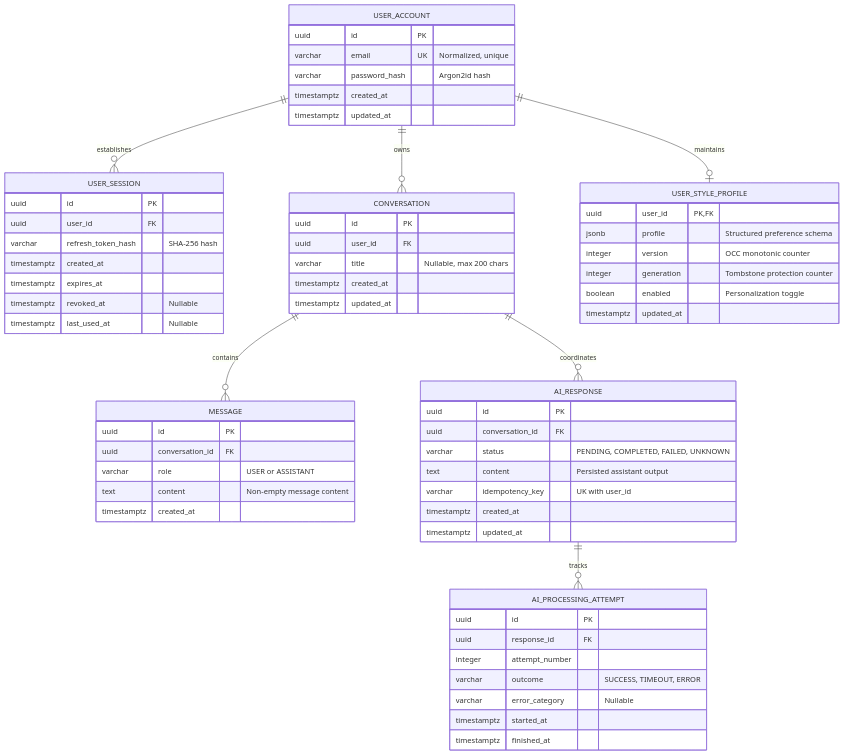
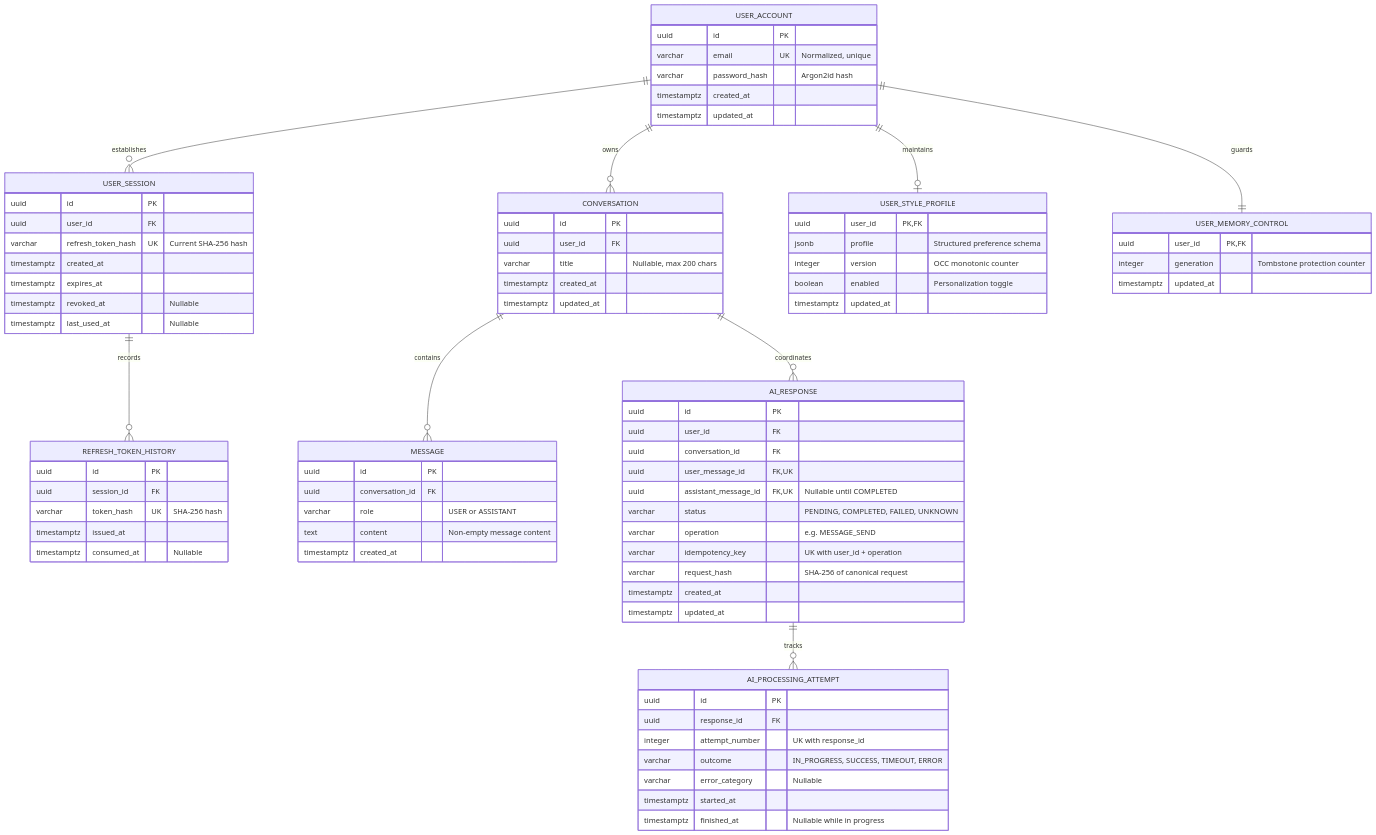
Before and after one commit to Bryan1805a/MIRA: the diagram in docs/03-domain-model.md, drawn with Mermaid. The commit also changed other lines of this file and 14 other files, not shown here.

````diff
--- a/docs/03-domain-model.md
+++ b/docs/03-domain-model.md
@@ -37,8 +40,10 @@
 ```mermaid
 erDiagram
     USER_ACCOUNT ||--o{ USER_SESSION : "establishes"
+    USER_SESSION ||--o{ REFRESH_TOKEN_HISTORY : "records"
     USER_ACCOUNT ||--o{ CONVERSATION : "owns"
     USER_ACCOUNT ||--o| USER_STYLE_PROFILE : "maintains"
+    USER_ACCOUNT ||--|| USER_MEMORY_CONTROL : "guards"
     CONVERSATION ||--o{ MESSAGE : "contains"
     CONVERSATION ||--o{ AI_RESPONSE : "coordinates"
     AI_RESPONSE ||--o{ AI_PROCESSING_ATTEMPT : "tracks"
@@ -54,11 +59,19 @@
     USER_SESSION {
         uuid id PK
         uuid user_id FK
-        varchar refresh_token_hash "SHA-256 hash"
+        varchar refresh_token_hash UK "Current SHA-256 hash"
         timestamptz created_at
         timestamptz expires_at
         timestamptz revoked_at "Nullable"
         timestamptz last_used_at "Nullable"
+    }
+
+    REFRESH_TOKEN_HISTORY {
+        uuid id PK
+        uuid session_id FK
+        varchar token_hash UK "SHA-256 hash"
+        timestamptz issued_at
+        timestamptz consumed_at "Nullable"
     }
 
     CONVERSATION {
@@ -79,10 +92,14 @@
 
     AI_RESPONSE {
         uuid id PK
+        uuid user_id FK
         uuid conversation_id FK
+        uuid user_message_id FK, UK
+        uuid assistant_message_id FK, UK "Nullable until COMPLETED"
         varchar status "PENDING, COMPLETED, FAILED, UNKNOWN"
-        text content "Persisted assistant output"
-        varchar idempotency_key "UK with user_id"
+        varchar operation "e.g. MESSAGE_SEND"
+        varchar idempotency_key "UK with user_id + operation"
+        varchar request_hash "SHA-256 of canonical request"
         timestamptz created_at
         timestamptz updated_at
     }
@@ -90,19 +107,24 @@
     AI_PROCESSING_ATTEMPT {
         uuid id PK
         uuid response_id FK
-        integer attempt_number
-        varchar outcome "SUCCESS, TIMEOUT, ERROR"
+        integer attempt_number "UK with response_id"
+        varchar outcome "IN_PROGRESS, SUCCESS, TIMEOUT, ERROR"
         varchar error_category "Nullable"
         timestamptz started_at
-        timestamptz finished_at
+        timestamptz finished_at "Nullable while in progress"
     }
 
     USER_STYLE_PROFILE {
         uuid user_id PK, FK
         jsonb profile "Structured preference schema"
         integer version "OCC monotonic counter"
-        integer generation "Tombstone protection counter"
         boolean enabled "Personalization toggle"
         timestamptz updated_at
     }
+
+    USER_MEMORY_CONTROL {
+        uuid user_id PK, FK
+        integer generation "Tombstone protection counter"
+        timestamptz updated_at
+    }
 ```
````
